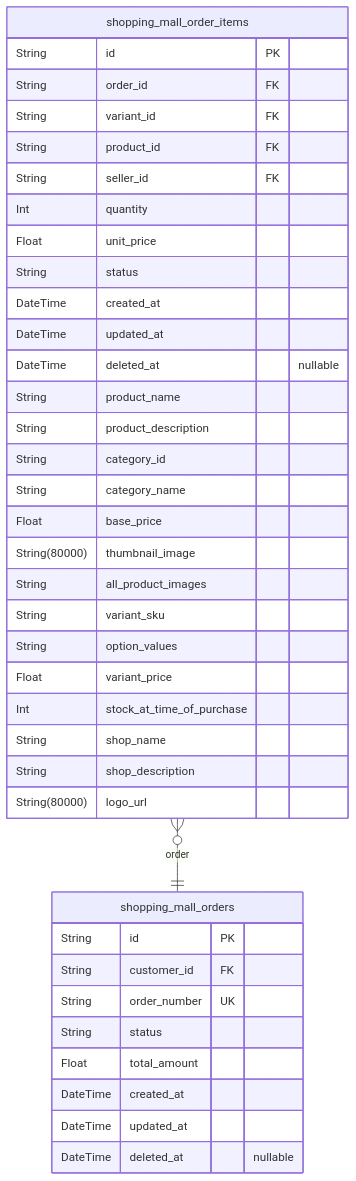
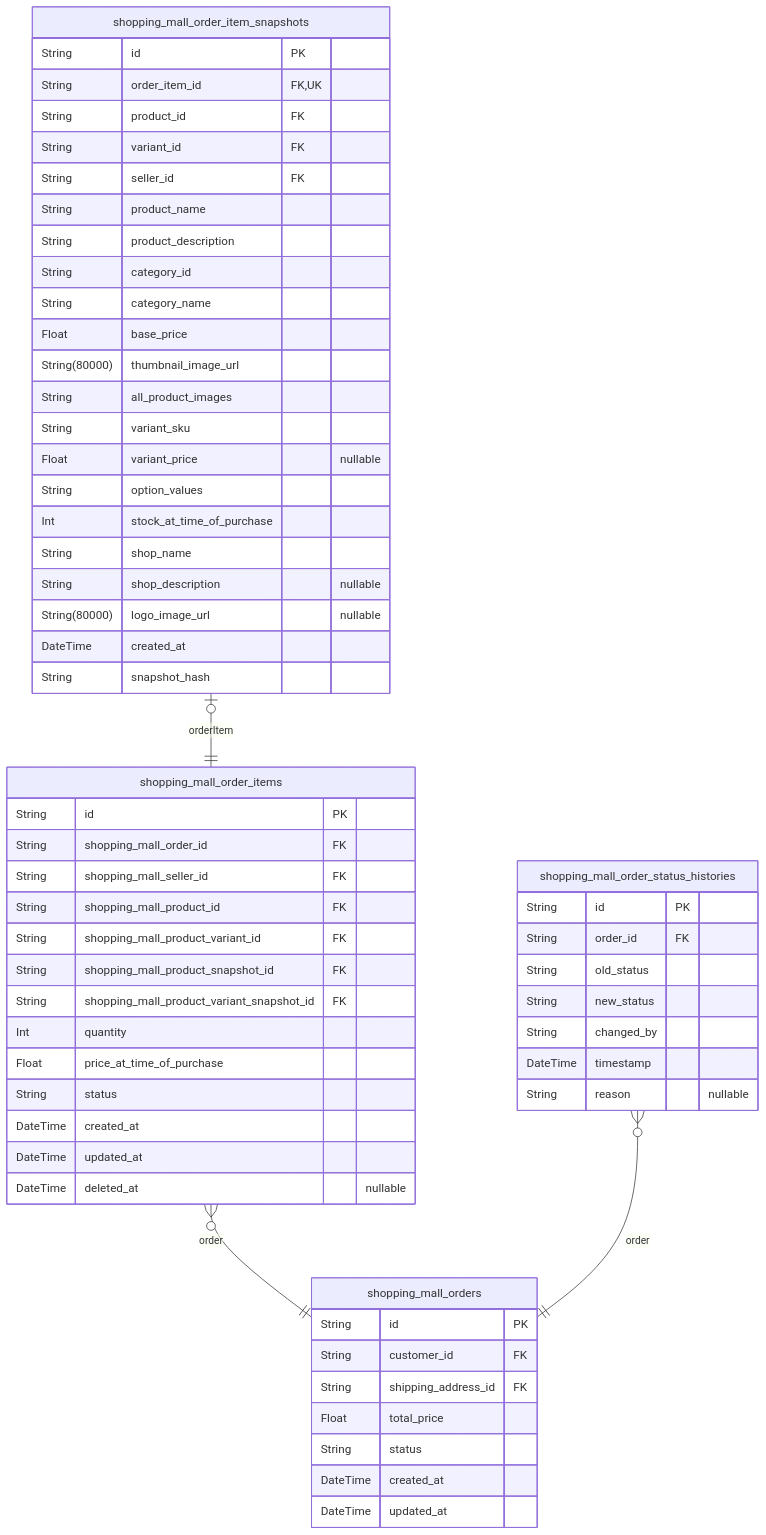
The sixth of 10 diagrams in qwen/qwen3-next-80b-a3b-instruct/shopping/docs/ERD.md (wrtnlabs/autobe-examples), drawn with Mermaid before and after one commit. The commit also changed other lines of this file and 25939 other files, not shown here.

````diff
--- a/qwen/qwen3-next-80b-a3b-instruct/shopping/docs/ERD.md
+++ b/qwen/qwen3-next-80b-a3b-instruct/shopping/docs/ERD.md
@@ -1007,41 +1056,62 @@
 ```mermaid
 erDiagram
 "shopping_mall_orders" {
   String id PK
   String customer_id FK
-  String order_number UK
+  String shipping_address_id FK
+  Float total_price
   String status
-  Float total_amount
+  DateTime created_at
+  DateTime updated_at
+}
+"shopping_mall_order_items" {
+  String id PK
+  String shopping_mall_order_id FK
+  String shopping_mall_seller_id FK
+  String shopping_mall_product_id FK
+  String shopping_mall_product_variant_id FK
+  String shopping_mall_product_snapshot_id FK
+  String shopping_mall_product_variant_snapshot_id FK
+  Int quantity
+  Float price_at_time_of_purchase
+  String status
   DateTime created_at
   DateTime updated_at
   DateTime deleted_at "nullable"
 }
-"shopping_mall_order_items" {
+"shopping_mall_order_item_snapshots" {
   String id PK
-  String order_id FK
+  String order_item_id FK,UK
+  String product_id FK
   String variant_id FK
-  String product_id FK
   String seller_id FK
-  Int quantity
-  Float unit_price
-  String status
-  DateTime created_at
-  DateTime updated_at
-  DateTime deleted_at "nullable"
   String product_name
   String product_description
   String category_id
   String category_name
   Float base_price
-  String(80000) thumbnail_image
+  String(80000) thumbnail_image_url
   String all_product_images
   String variant_sku
+  Float variant_price "nullable"
   String option_values
-  Float variant_price
   Int stock_at_time_of_purchase
   String shop_name
-  String shop_description
-  String(80000) logo_url
+  String shop_description "nullable"
+  String(80000) logo_image_url "nullable"
+  DateTime created_at
+  String snapshot_hash
+}
+"shopping_mall_order_status_histories" {
+  String id PK
+  String order_id FK
+  String old_status
+  String new_status
+  String changed_by
+  DateTime timestamp
+  String reason "nullable"
 }
 "shopping_mall_order_items" }o--|| "shopping_mall_orders" : order
+"shopping_mall_order_item_snapshots" |o--|| "shopping_mall_order_items" : orderItem
+"shopping_mall_order_status_histories" }o--|| "shopping_mall_orders" : order
 ```
````
